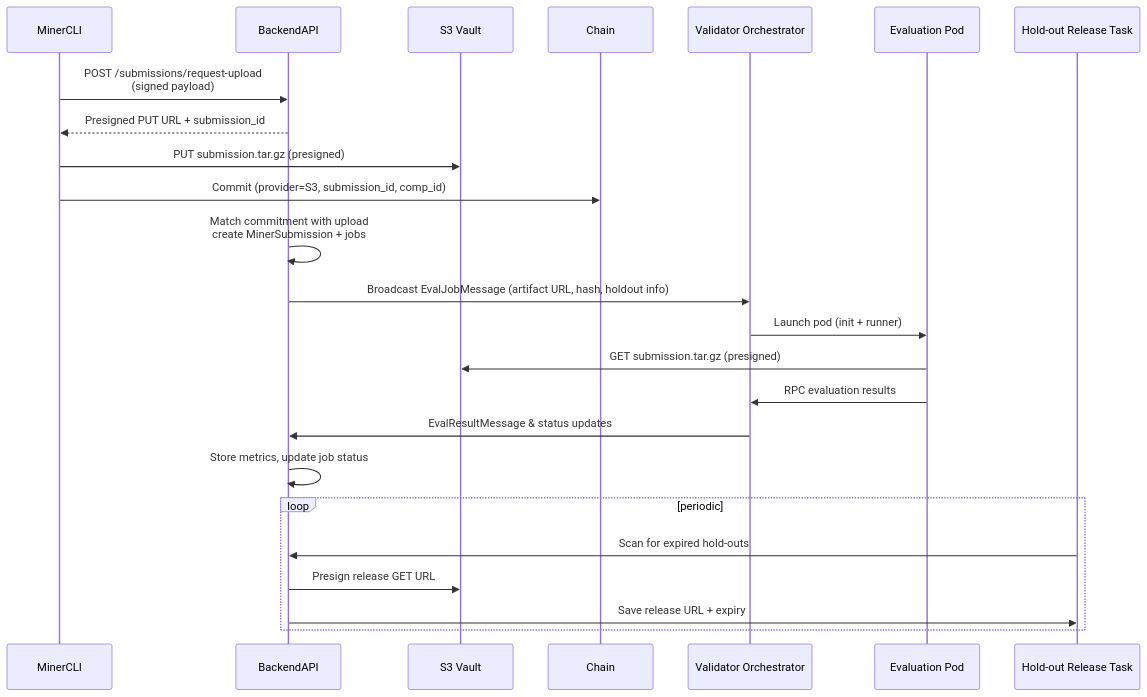
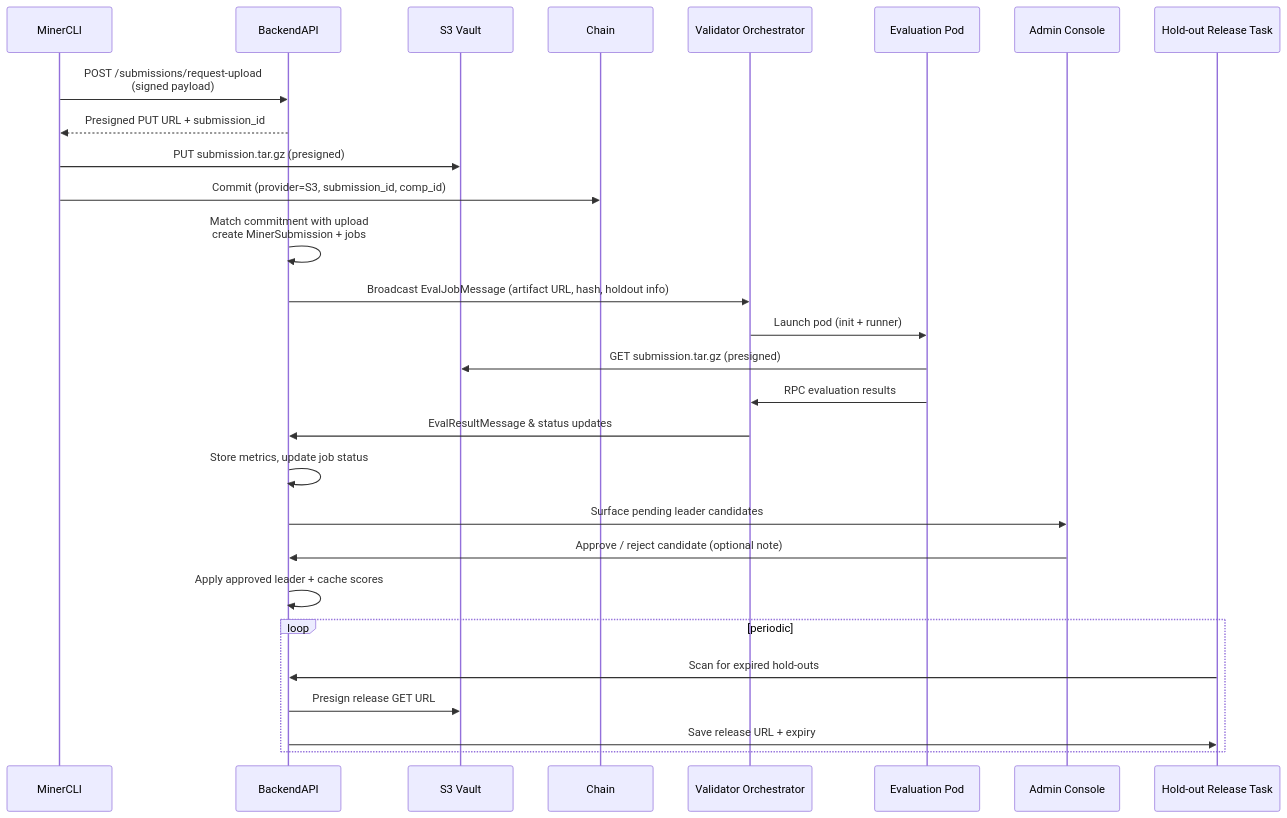
The second of 2 diagrams in docs/architecture/introduction.md (RHTechConsulting/kinitro), drawn with Mermaid before and after one commit. The commit also changed other lines of this file and 6 other files, not shown here.

First line of the commit message:
feat(backend): gate competition leader changes behind admin approval

````diff
--- a/docs/architecture/introduction.md
+++ b/docs/architecture/introduction.md
@@ -74,31 +74,35 @@
 ```mermaid
 sequenceDiagram
     participant MinerCLI
     participant BackendAPI
     participant SubmissionStorage as S3 Vault
     participant Chain
     participant ValidatorOrchestrator as Validator Orchestrator
     participant K8sPod as Evaluation Pod
+    participant AdminConsole as Admin Console
     participant ReleaseTask as Hold-out Release Task
 
     MinerCLI->>BackendAPI: POST /submissions/request-upload<br/>(signed payload)
     BackendAPI-->>MinerCLI: Presigned PUT URL + submission_id
     MinerCLI->>SubmissionStorage: PUT submission.tar.gz (presigned)
     MinerCLI->>Chain: Commit (provider=S3, submission_id, comp_id)
 
     BackendAPI->>BackendAPI: Match commitment with upload<br/>create MinerSubmission + jobs
     BackendAPI->>ValidatorOrchestrator: Broadcast EvalJobMessage (artifact URL, hash, holdout info)
 
     ValidatorOrchestrator->>K8sPod: Launch pod (init + runner)
     K8sPod->>SubmissionStorage: GET submission.tar.gz (presigned)
     K8sPod->>ValidatorOrchestrator: RPC evaluation results
     ValidatorOrchestrator->>BackendAPI: EvalResultMessage & status updates
     BackendAPI->>BackendAPI: Store metrics, update job status
+    BackendAPI->>AdminConsole: Surface pending leader candidates
+    AdminConsole->>BackendAPI: Approve / reject candidate (optional note)
+    BackendAPI->>BackendAPI: Apply approved leader + cache scores
 
     loop periodic
         ReleaseTask->>BackendAPI: Scan for expired hold-outs
         BackendAPI->>SubmissionStorage: Presign release GET URL
         BackendAPI->>ReleaseTask: Save release URL + expiry
     end
 
 ```
````
